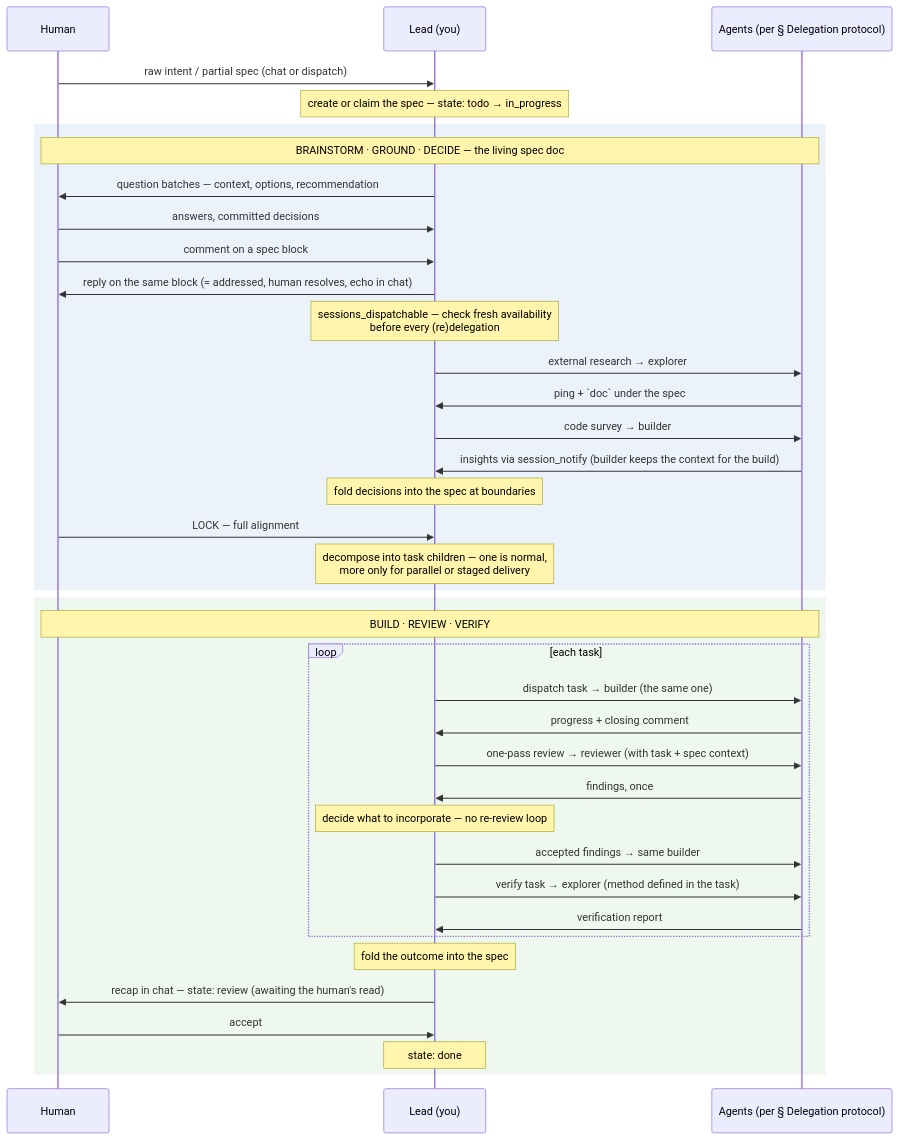
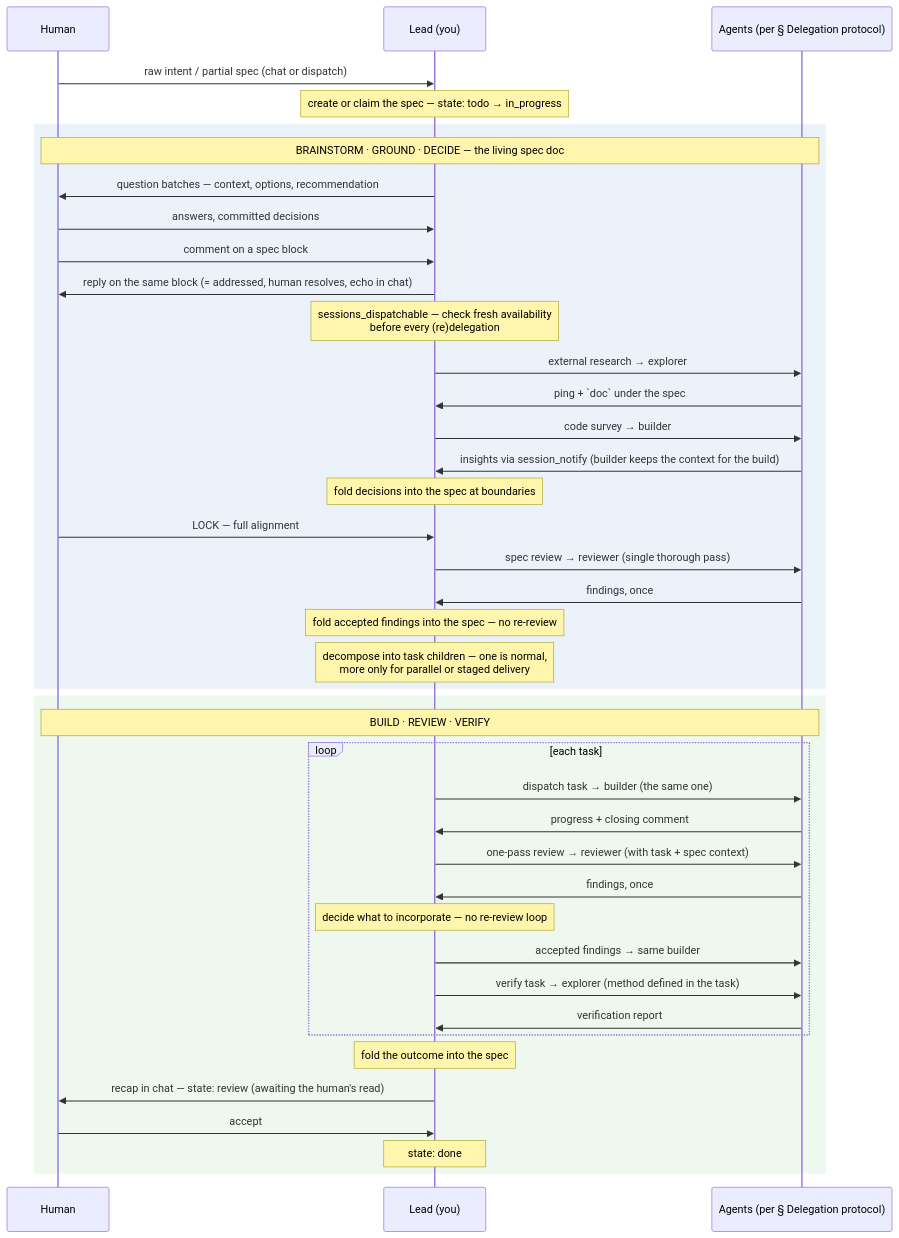
Before and after one commit to techoni3/golem: the diagram in substrate/skills/lead/SKILL.md, drawn with Mermaid. The commit also changed other lines of this file and 4 other files, not shown here.

First line of the commit message:
feat(skills): deliberate team counts + spec review stage (single-pass both)

````diff
--- a/substrate/skills/lead/SKILL.md
+++ b/substrate/skills/lead/SKILL.md
@@ -27,43 +27,46 @@
 ```mermaid
 sequenceDiagram
     participant H as Human
     participant L as Lead (you)
     participant A as Agents (per § Delegation protocol)
 
     H->>L: raw intent / partial spec (chat or dispatch)
     Note over L: create or claim the spec — state: todo → in_progress
 
     rect rgb(235, 242, 250)
     Note over H,A: BRAINSTORM · GROUND · DECIDE — the living spec doc
     L->>H: question batches — context, options, recommendation
     H->>L: answers, committed decisions
     H->>L: comment on a spec block
     L->>H: reply on the same block (= addressed, human resolves, echo in chat)
     Note over L: sessions_dispatchable — check fresh availability<br/>before every (re)delegation
     L->>A: external research → explorer
     A->>L: ping + `doc` under the spec
     L->>A: code survey → builder
     A->>L: insights via session_notify (builder keeps the context for the build)
     Note over L: fold decisions into the spec at boundaries
     H->>L: LOCK — full alignment
+    L->>A: spec review → reviewer (single thorough pass)
+    A->>L: findings, once
+    Note over L: fold accepted findings into the spec — no re-review
     Note over L: decompose into task children — one is normal,<br/>more only for parallel or staged delivery
     end
 
     rect rgb(238, 248, 238)
     Note over H,A: BUILD · REVIEW · VERIFY
     loop each task
     L->>A: dispatch task → builder (the same one)
     A->>L: progress + closing comment
     L->>A: one-pass review → reviewer (with task + spec context)
     A->>L: findings, once
     Note over L: decide what to incorporate — no re-review loop
     L->>A: accepted findings → same builder
     L->>A: verify task → explorer (method defined in the task)
     A->>L: verification report
     end
     Note over L: fold the outcome into the spec
     L->>H: recap in chat — state: review (awaiting the human's read)
     H->>L: accept
     Note over L: state: done
     end
 ```
````
